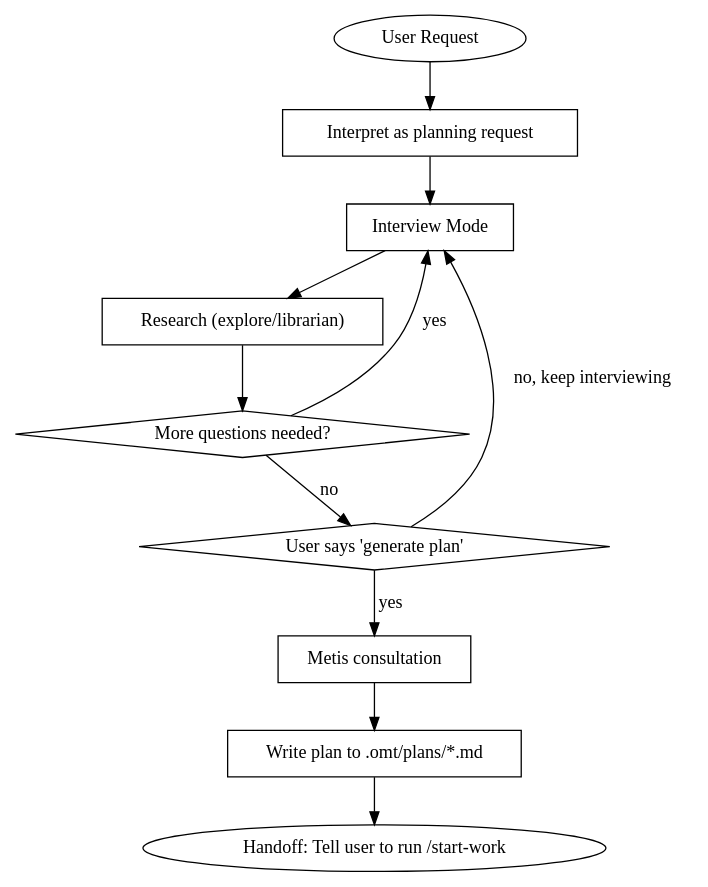
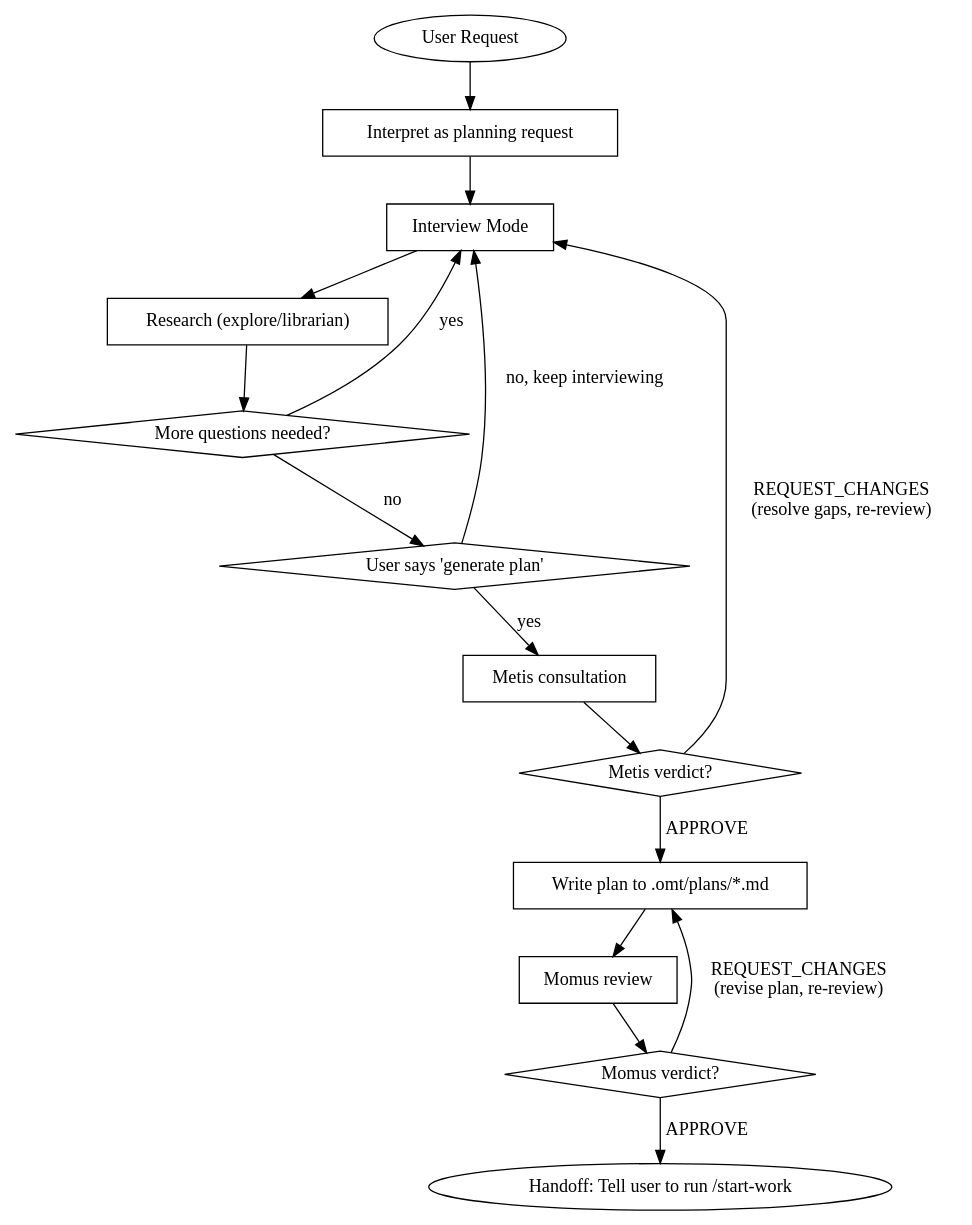
The diagram in skills/prometheus/SKILL.md (toongri/oh-my-toong-playground), drawn with Graphviz before and after one commit. The commit also changed other lines of this file and 2 other files, not shown here.

````diff
--- a/skills/prometheus/SKILL.md
+++ b/skills/prometheus/SKILL.md
@@ -51,25 +51,33 @@
 ```dot
 digraph prometheus_flow {
     rankdir=TB;
     "User Request" [shape=ellipse];
     "Interpret as planning request" [shape=box];
     "Interview Mode" [shape=box];
     "Research (explore/librarian)" [shape=box];
     "More questions needed?" [shape=diamond];
     "User says 'generate plan'" [shape=diamond];
     "Metis consultation" [shape=box];
+    "Metis verdict?" [shape=diamond];
     "Write plan to .omt/plans/*.md" [shape=box];
+    "Momus review" [shape=box];
+    "Momus verdict?" [shape=diamond];
     "Handoff: Tell user to run /start-work" [shape=ellipse];
 
     "User Request" -> "Interpret as planning request";
     "Interpret as planning request" -> "Interview Mode";
     "Interview Mode" -> "Research (explore/librarian)";
     "Research (explore/librarian)" -> "More questions needed?";
     "More questions needed?" -> "Interview Mode" [label="yes"];
     "More questions needed?" -> "User says 'generate plan'" [label="no"];
     "User says 'generate plan'" -> "Interview Mode" [label="no, keep interviewing"];
     "User says 'generate plan'" -> "Metis consultation" [label="yes"];
-    "Metis consultation" -> "Write plan to .omt/plans/*.md";
-    "Write plan to .omt/plans/*.md" -> "Handoff: Tell user to run /start-work";
+    "Metis consultation" -> "Metis verdict?";
+    "Metis verdict?" -> "Interview Mode" [label="REQUEST_CHANGES\n(resolve gaps, re-review)"];
+    "Metis verdict?" -> "Write plan to .omt/plans/*.md" [label="APPROVE"];
+    "Write plan to .omt/plans/*.md" -> "Momus review";
+    "Momus review" -> "Momus verdict?";
+    "Momus verdict?" -> "Write plan to .omt/plans/*.md" [label="REQUEST_CHANGES\n(revise plan, re-review)"];
+    "Momus verdict?" -> "Handoff: Tell user to run /start-work" [label="APPROVE"];
 }
 ```
````
